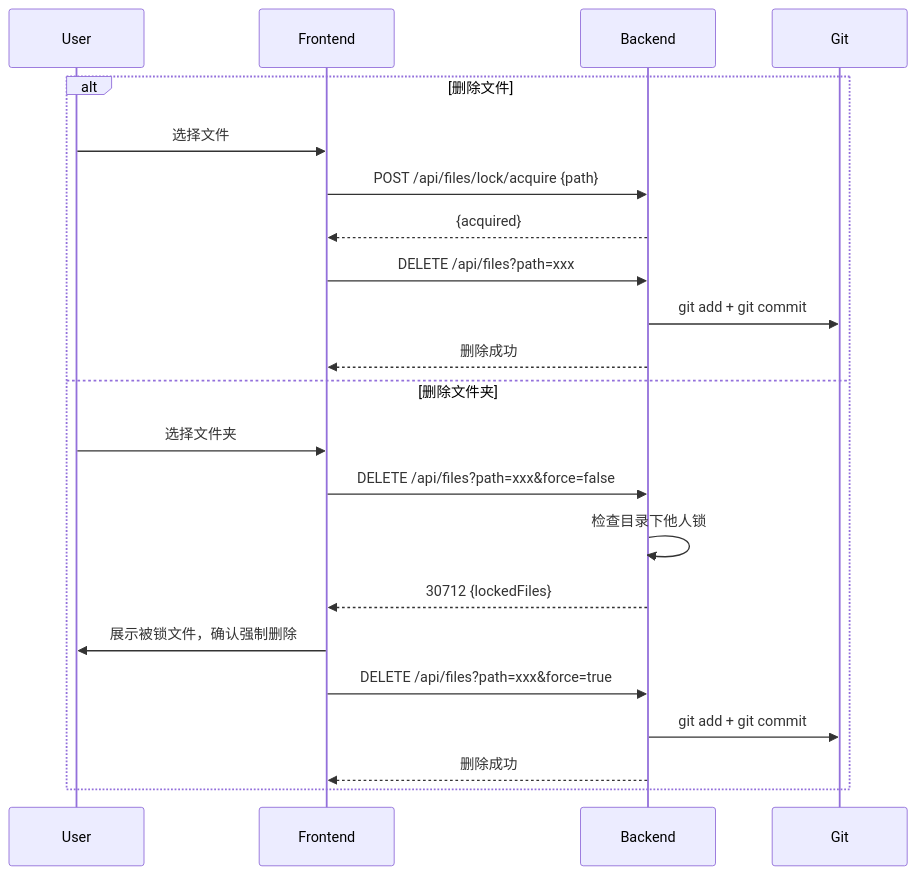
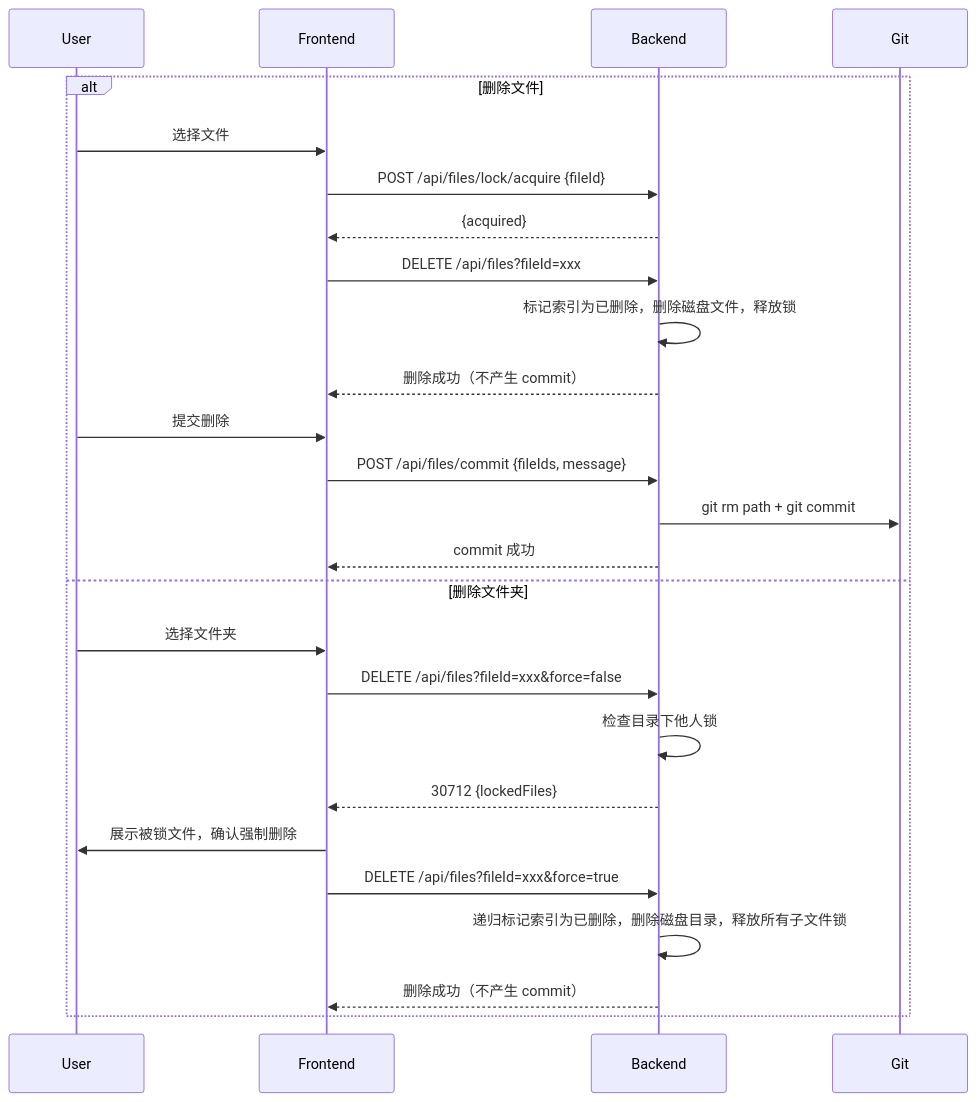
One commit to tonyabasy/lanting-stream-ce changed the seventh of 8 diagrams in docs/backend/file-system-spec.md. Above: the diagram before and after it, drawn with Mermaid. The commit also changed other lines of this file and 34 other files, not shown here.

````diff
--- a/docs/backend/file-system-spec.md
+++ b/docs/backend/file-system-spec.md
@@ -327,25 +332,29 @@
 ```mermaid
 sequenceDiagram
     participant U as User
     participant F as Frontend
     participant B as Backend
     participant G as Git
 
     alt 删除文件
         U->>F: 选择文件
-        F->>B: POST /api/files/lock/acquire {path}
+        F->>B: POST /api/files/lock/acquire {fileId}
         B-->>F: {acquired}
-        F->>B: DELETE /api/files?path=xxx
-        B->>G: git add + git commit
-        B-->>F: 删除成功
+        F->>B: DELETE /api/files?fileId=xxx
+        B->>B: 标记索引为已删除，删除磁盘文件，释放锁
+        B-->>F: 删除成功（不产生 commit）
+        U->>F: 提交删除
+        F->>B: POST /api/files/commit {fileIds, message}
+        B->>G: git rm path + git commit
+        B-->>F: commit 成功
     else 删除文件夹
         U->>F: 选择文件夹
-        F->>B: DELETE /api/files?path=xxx&force=false
+        F->>B: DELETE /api/files?fileId=xxx&force=false
         B->>B: 检查目录下他人锁
         B-->>F: 30712 {lockedFiles}
         F->>U: 展示被锁文件，确认强制删除
-        F->>B: DELETE /api/files?path=xxx&force=true
-        B->>G: git add + git commit
-        B-->>F: 删除成功
+        F->>B: DELETE /api/files?fileId=xxx&force=true
+        B->>B: 递归标记索引为已删除，删除磁盘目录，释放所有子文件锁
+        B-->>F: 删除成功（不产生 commit）
     end
 ```
````
